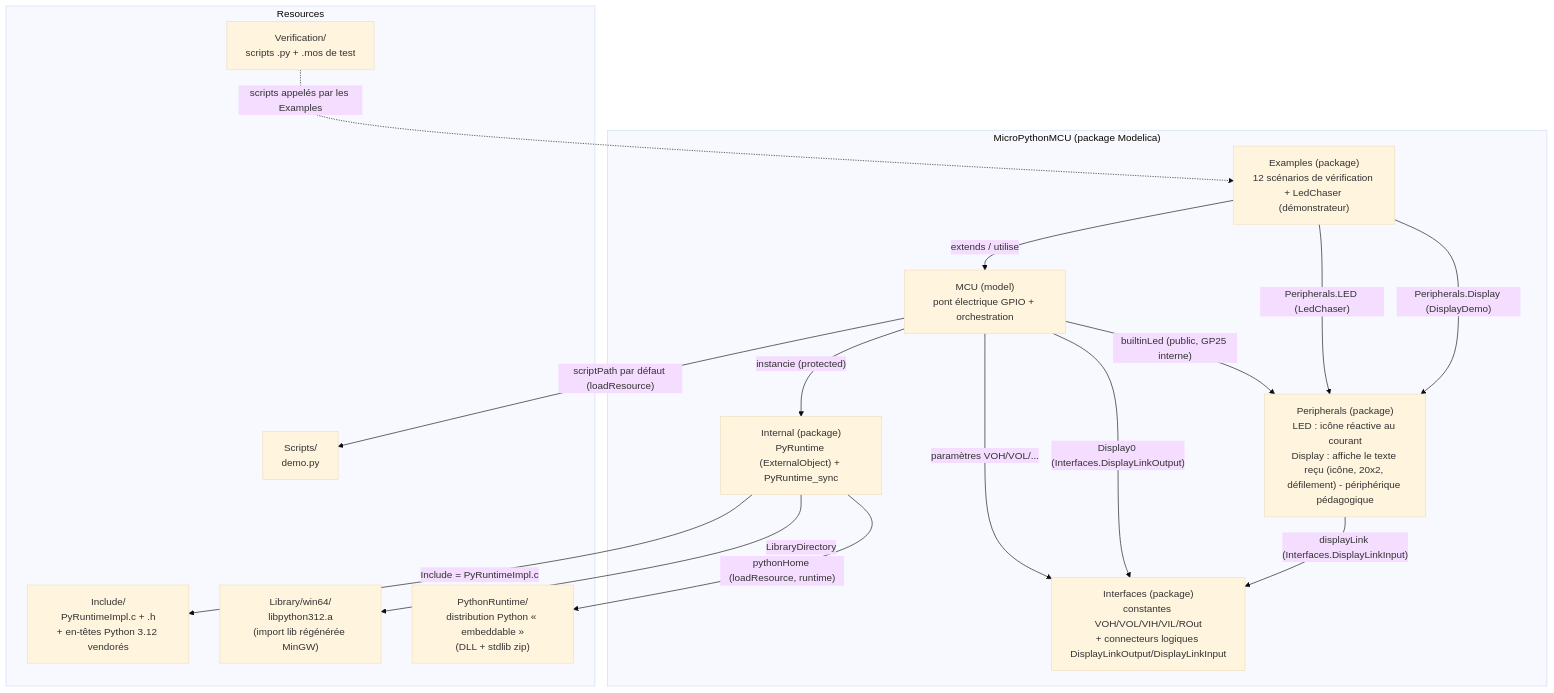
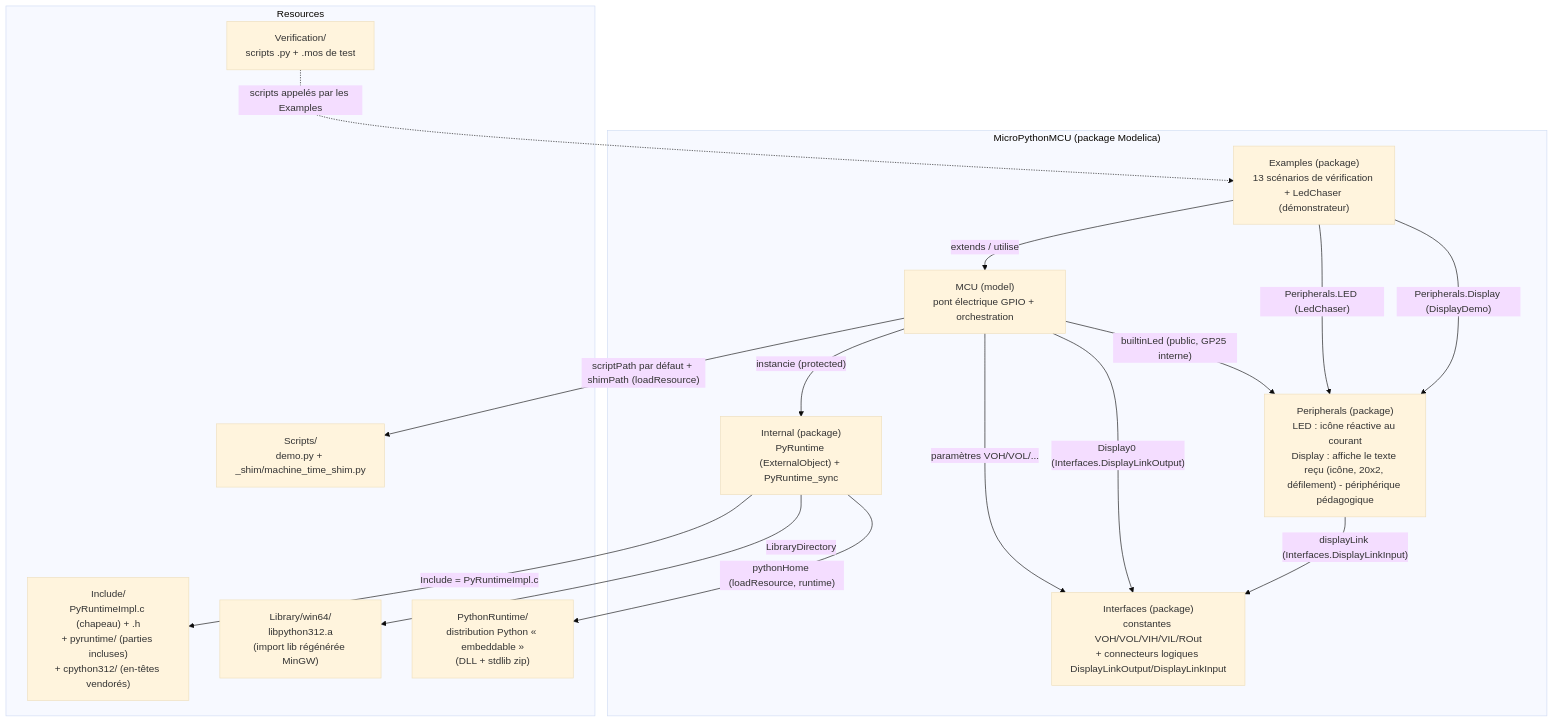
The diagram in docs/architecture.md (bdelaup/modelica_micropython), drawn with Mermaid (base theme) before and after one commit. The commit also changed other lines of this file and 20 other files, not shown here.

````diff
--- a/docs/architecture.md
+++ b/docs/architecture.md
@@ -9,31 +9,31 @@
 ```mermaid
 graph TD
     subgraph LIB["MicroPythonMCU (package Modelica)"]
         MCU["MCU (model)<br/>pont électrique GPIO + orchestration"]
         Interfaces["Interfaces (package)<br/>constantes VOH/VOL/VIH/VIL/ROut<br/>+ connecteurs logiques DisplayLinkOutput/DisplayLinkInput"]
         Internal["Internal (package)<br/>PyRuntime (ExternalObject) + PyRuntime_sync"]
         Peripherals["Peripherals (package)<br/>LED : icône réactive au courant<br/>Display : affiche le texte reçu (icône, 20x2, défilement) - périphérique pédagogique"]
-        Examples["Examples (package)<br/>12 scénarios de vérification + LedChaser (démonstrateur)"]
+        Examples["Examples (package)<br/>13 scénarios de vérification + LedChaser (démonstrateur)"]
     end
     subgraph RES["Resources"]
-        Include["Include/<br/>PyRuntimeImpl.c + .h<br/>+ en-têtes Python 3.12 vendorés"]
+        Include["Include/<br/>PyRuntimeImpl.c (chapeau) + .h<br/>+ pyruntime/ (parties incluses)<br/>+ cpython312/ (en-têtes vendorés)"]
         Library["Library/win64/<br/>libpython312.a<br/>(import lib régénérée MinGW)"]
         PythonRuntime["PythonRuntime/<br/>distribution Python « embeddable »<br/>(DLL + stdlib zip)"]
-        Scripts["Scripts/<br/>demo.py"]
+        Scripts["Scripts/<br/>demo.py + _shim/machine_time_shim.py"]
         Verification["Verification/<br/>scripts .py + .mos de test"]
     end
 
     MCU -- "paramètres VOH/VOL/..." --> Interfaces
     MCU -- "instancie (protected)" --> Internal
     MCU -- "builtinLed (public, GP25 interne)" --> Peripherals
     MCU -- "Display0 (Interfaces.DisplayLinkOutput)" --> Interfaces
     Examples -- "extends / utilise" --> MCU
     Examples -- "Peripherals.LED (LedChaser)" --> Peripherals
     Examples -- "Peripherals.Display (DisplayDemo)" --> Peripherals
     Peripherals -- "displayLink (Interfaces.DisplayLinkInput)" --> Interfaces
     Internal -- "Include = PyRuntimeImpl.c" --> Include
     Internal -- "LibraryDirectory" --> Library
     Internal -- "pythonHome (loadResource, runtime)" --> PythonRuntime
-    MCU -- "scriptPath par défaut (loadResource)" --> Scripts
+    MCU -- "scriptPath par défaut + shimPath (loadResource)" --> Scripts
     Verification -. "scripts appelés par les Examples" .-> Examples
 ```
````
